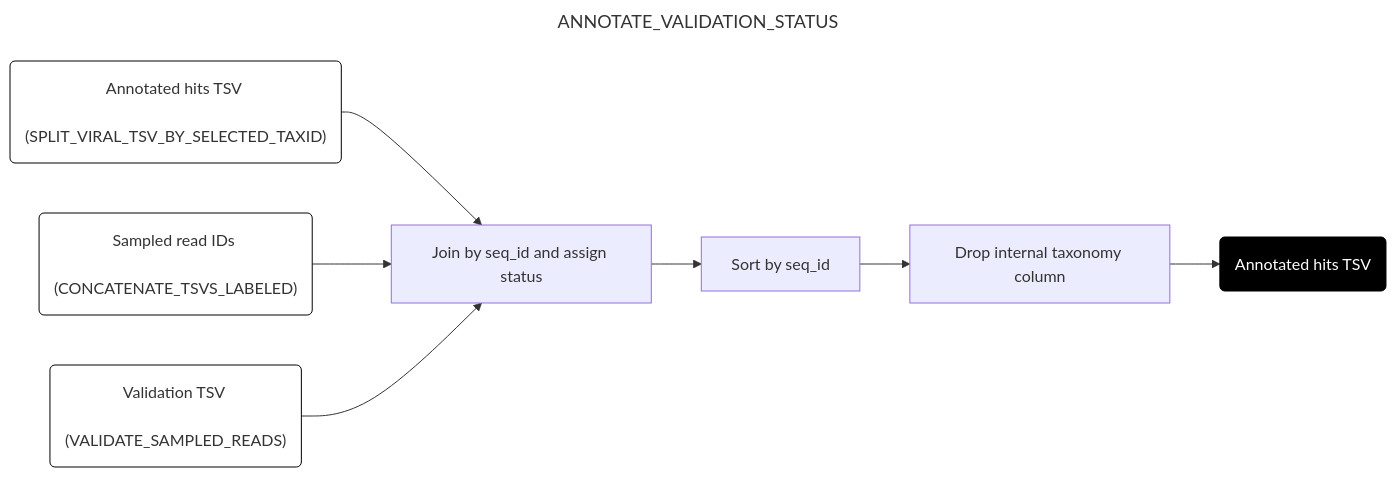
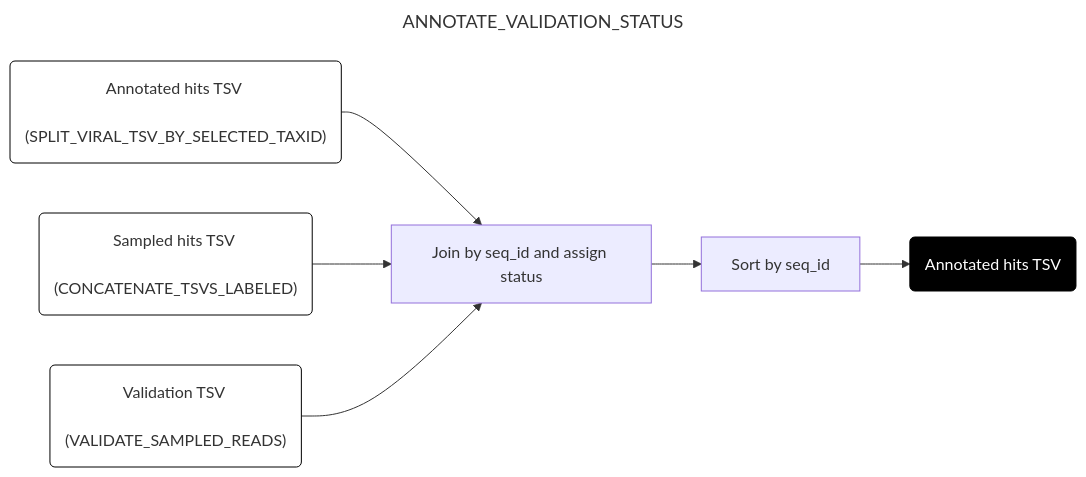
One commit to securebio/nao-mgs-workflow changed the tenth of 10 diagrams in docs/downstream.md. Above: the diagram before and after it, drawn with Mermaid. The commit also changed other lines of this file, not shown here.

````diff
--- a/docs/downstream.md
+++ b/docs/downstream.md
@@ -473,18 +469,17 @@
 ```mermaid
 ---
 title: ANNOTATE_VALIDATION_STATUS
 config:
   layout: horizontal
 ---
 flowchart LR
 A("Annotated hits TSV <br> (SPLIT_VIRAL_TSV_BY_SELECTED_TAXID)") --> I[Join by seq_id and assign status]
-B("Sampled read IDs <br> (CONCATENATE_TSVS_LABELED)") --> I
+B("Sampled hits TSV <br> (CONCATENATE_TSVS_LABELED)") --> I
 C("Validation TSV <br> (VALIDATE_SAMPLED_READS)") --> I
 I --> D[Sort by seq_id]
-D --> E[Drop internal taxonomy column]
-E --> J(Annotated hits TSV)
+D --> J(Annotated hits TSV)
 style A fill:#fff,stroke:#000
 style B fill:#fff,stroke:#000
 style C fill:#fff,stroke:#000
 style J fill:#000,color:#fff,stroke:#000
 ```
````
